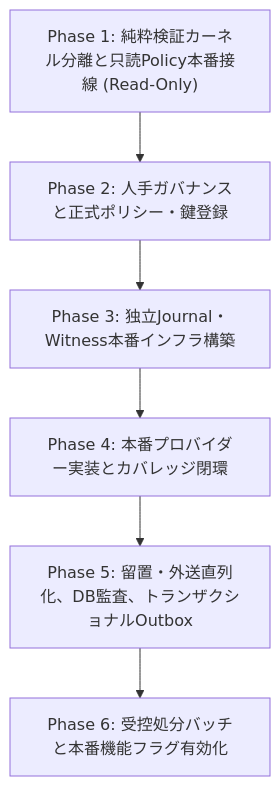
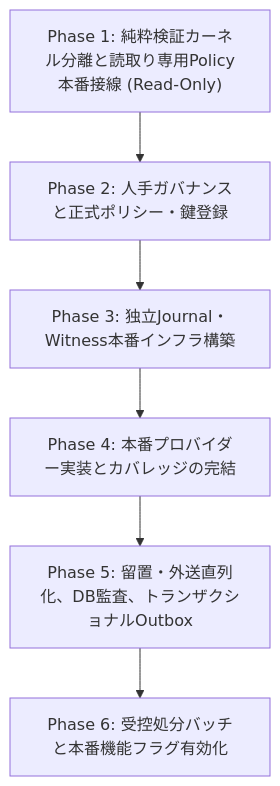
One commit to satoshi2024/ses-manager-pro changed the diagram in .kiro/specs/privacy-retention-dsar/prod-wiring-decision-contract.md. Above: the diagram before and after it, drawn with Mermaid. The commit also changed other lines of this file and 299 other files, not shown here.

````diff
--- a/.kiro/specs/privacy-retention-dsar/prod-wiring-decision-contract.md
+++ b/.kiro/specs/privacy-retention-dsar/prod-wiring-decision-contract.md
@@ -258,8 +258,8 @@
 ```mermaid
 flowchart TD
-    P1["Phase 1: 純粋検証カーネル分離と只読Policy本番接線 (Read-Only)"] --> P2["Phase 2: 人手ガバナンスと正式ポリシー・鍵登録"]
+    P1["Phase 1: 純粋検証カーネル分離と読取り専用Policy本番接線 (Read-Only)"] --> P2["Phase 2: 人手ガバナンスと正式ポリシー・鍵登録"]
     P2 --> P3["Phase 3: 独立Journal・Witness本番インフラ構築"]
-    P3 --> P4["Phase 4: 本番プロバイダー実装とカバレッジ閉環"]
+    P3 --> P4["Phase 4: 本番プロバイダー実装とカバレッジの完結"]
     P4 --> P5["Phase 5: 留置・外送直列化、DB監査、トランザクショナルOutbox"]
     P5 --> P6["Phase 6: 受控処分バッチと本番機能フラグ有効化"]
 ```
````
